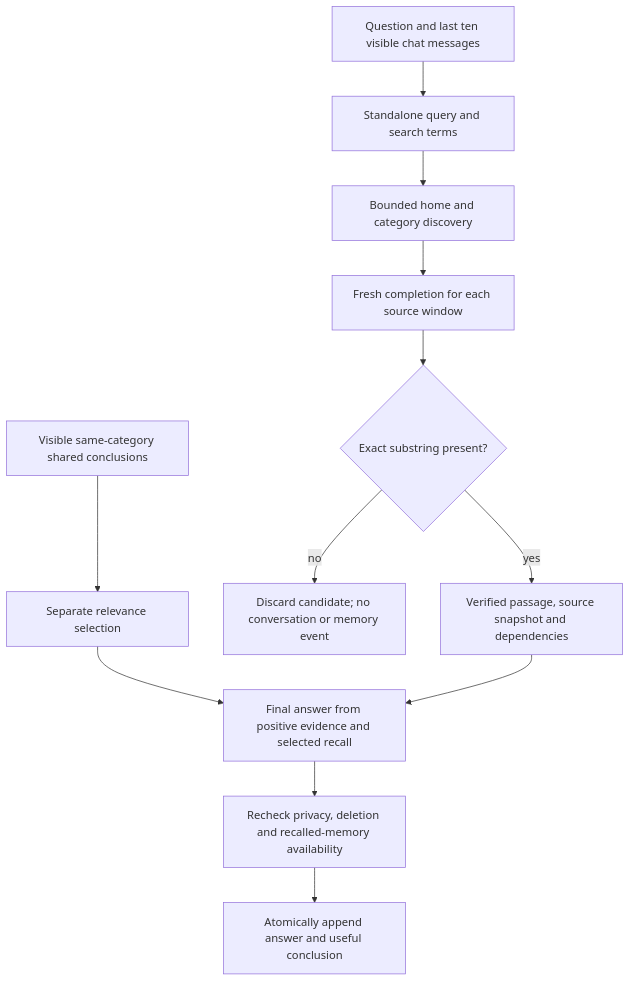
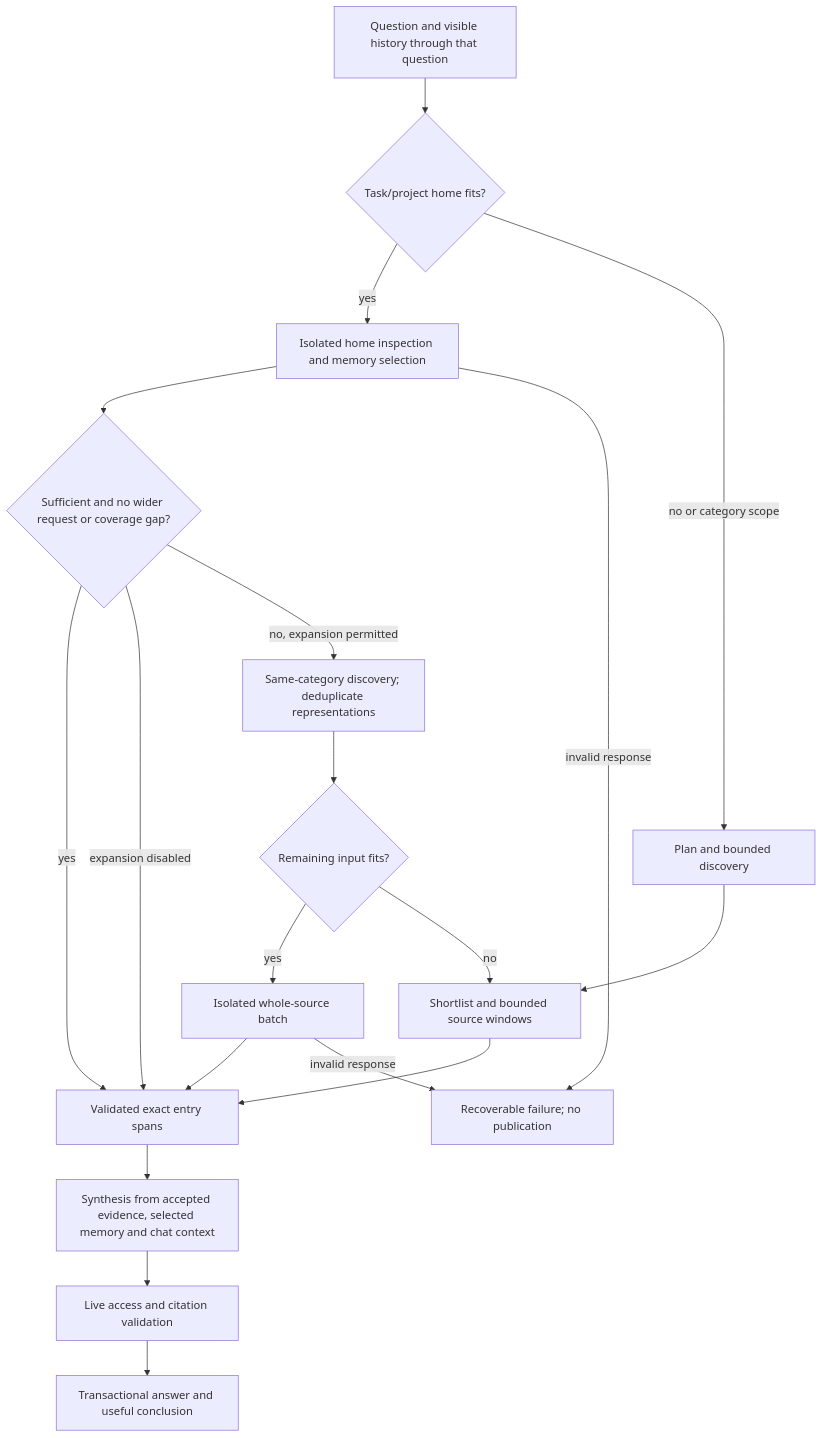
The second of 3 diagrams in knowledge/features/agents/query-chat.md (matthiasn/lotti), drawn with Mermaid before and after one commit. The commit also changed other lines of this file and 17 other files, not shown here.

Commit message:
perf: reduce query chat latency by batching home sources (#4238)

````diff
--- a/knowledge/features/agents/query-chat.md
+++ b/knowledge/features/agents/query-chat.md
@@ -251,14 +270,21 @@
 ```mermaid
 flowchart TD
-  Question["Question and last ten visible chat messages"] --> Plan["Standalone query and search terms"]
-  Plan --> Discover["Bounded home and category discovery"]
-  Discover --> Inspect["Fresh completion for each source window"]
-  Inspect --> Verify{"Exact substring present?"}
-  Verify -->|yes| Evidence["Verified passage, source snapshot and dependencies"]
-  Verify -->|no| Discard["Discard candidate; no conversation or memory event"]
-  Recall["Visible same-category shared conclusions"] --> Select["Separate relevance selection"]
-  Select --> Answer["Final answer from positive evidence and selected recall"]
-  Evidence --> Answer
-  Answer --> Gate["Recheck privacy, deletion and recalled-memory availability"]
-  Gate --> Commit["Atomically append answer and useful conclusion"]
+  Question["Question and visible history through that question"] --> Fits{"Task/project home fits?"}
+  Fits -->|yes| Batch["Isolated home inspection and memory selection"]
+  Batch --> Enough{"Sufficient and no wider request or coverage gap?"}
+  Enough -->|yes| Evidence["Validated exact entry spans"]
+  Enough -->|expansion disabled| Evidence
+  Enough -->|no, expansion permitted| Expand["Same-category discovery; deduplicate representations"]
+  Expand --> Remaining{"Remaining input fits?"}
+  Remaining -->|yes| BatchMore["Isolated whole-source batch"]
+  BatchMore --> Evidence
+  Remaining -->|no| Windows["Shortlist and bounded source windows"]
+  Fits -->|no or category scope| Plan["Plan and bounded discovery"]
+  Plan --> Windows
+  Windows --> Evidence
+  Evidence --> Answer["Synthesis from accepted evidence, selected memory and chat context"]
+  Answer --> Gate["Live access and citation validation"]
+  Gate --> Commit["Transactional answer and useful conclusion"]
+  Batch -->|invalid response| Retry["Recoverable failure; no publication"]
+  BatchMore -->|invalid response| Retry
 ```
````
